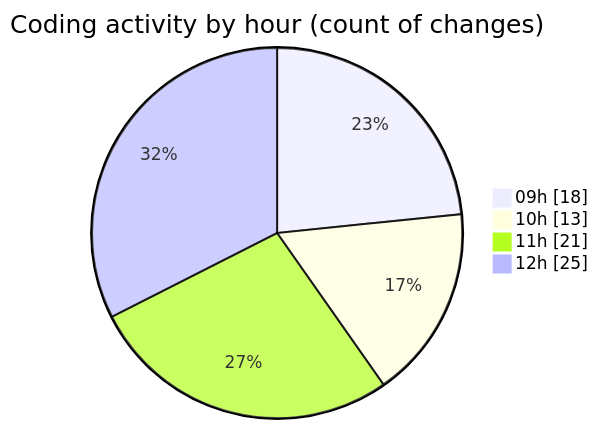
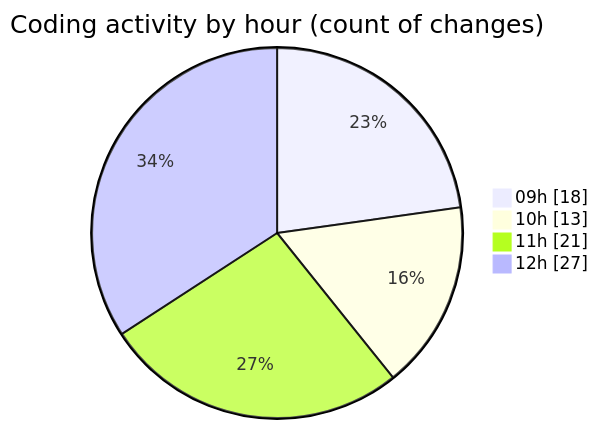
The second of 2 diagrams in 2026-08-12/cda/README.md (momahboobian/code-tracking), drawn with Mermaid before and after one commit. The commit also changed other lines of this file and 1 other file, not shown here.

````diff
--- a/2026-08-12/cda/README.md
+++ b/2026-08-12/cda/README.md
@@ -53,8 +56,8 @@
 ```mermaid
 pie showData
 title Coding activity by hour (count of changes)
 "09h" : 18
 "10h" : 13
 "11h" : 21
-"12h" : 25
+"12h" : 27
 ```
````
